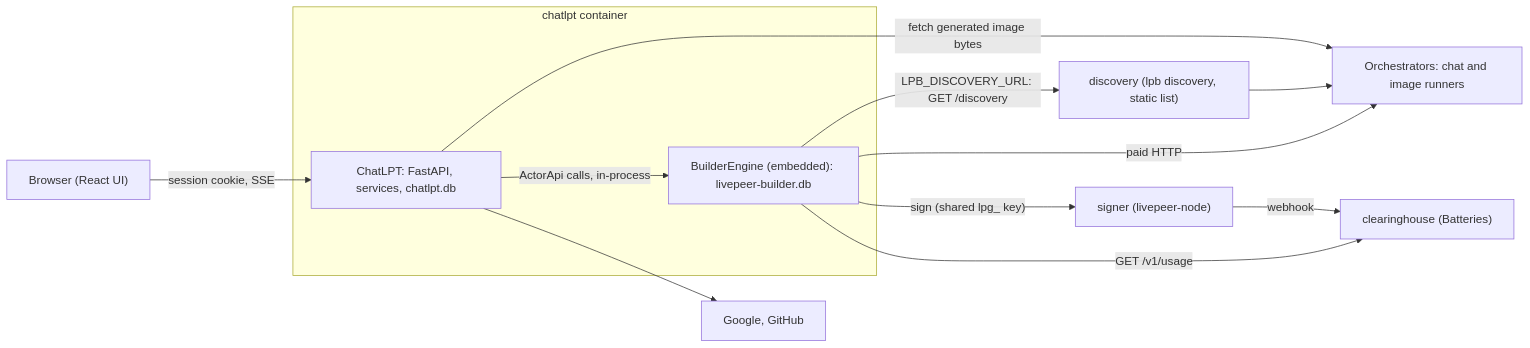
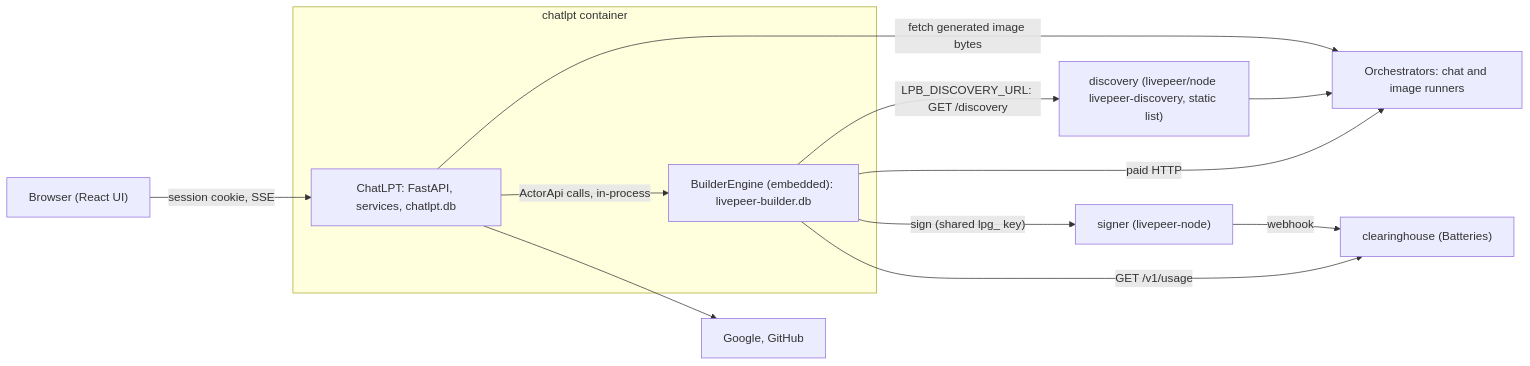
The first of 10 diagrams in docs/design-docs/builder-core-in-chatlpt.md (NE-Build-Track/chatlpt-sample-enterprise-app), drawn with Mermaid before and after one commit. The commit also changed other lines of this file and 7 other files, not shown here.

First line of the commit message:
docs: describe ChatLPT on builder-core v0.2.0 with node's discovery

````diff
--- a/docs/design-docs/builder-core-in-chatlpt.md
+++ b/docs/design-docs/builder-core-in-chatlpt.md
@@ -23,21 +23,21 @@
 ```mermaid
 flowchart LR
     Browser["Browser (React UI)"]
     subgraph Box["chatlpt container"]
         App["ChatLPT: FastAPI, services, chatlpt.db"]
         Eng["BuilderEngine (embedded): livepeer-builder.db"]
     end
-    Disc["discovery (lpb discovery, static list)"]
+    Disc["discovery (livepeer/node livepeer-discovery, static list)"]
     Signer["signer (livepeer-node)"]
     CH["clearinghouse (Batteries)"]
     Orch["Orchestrators: chat and image runners"]
     IdP["Google, GitHub"]
     Browser -->|"session cookie, SSE"| App
     App -->|"ActorApi calls, in-process"| Eng
     App --> IdP
     App -->|"fetch generated image bytes"| Orch
     Eng -->|"LPB_DISCOVERY_URL: GET /discovery"| Disc --> Orch
     Eng -->|"sign (shared lpg_ key)"| Signer -->|"webhook"| CH
     Eng -->|"paid HTTP"| Orch
     Eng -->|"GET /v1/usage"| CH
 ```
````
